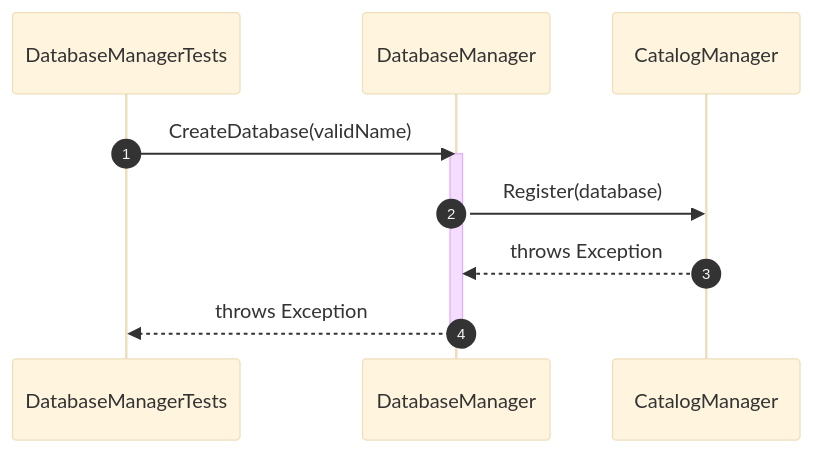
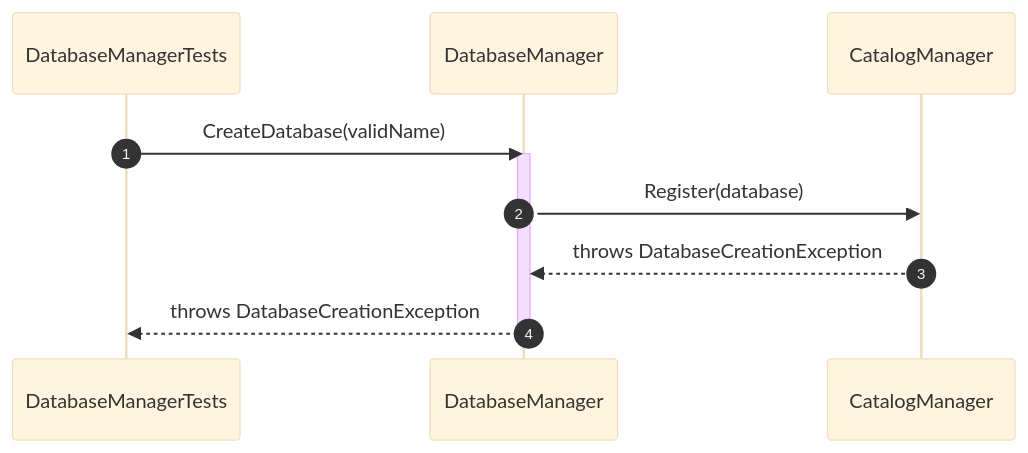
The ninth of 29 diagrams in docs/sequence-diagrams/database-management/README.md (manaxpow/DBMS), drawn with Mermaid (base theme) before and after one commit. The commit also changed other lines of this file and 23 other files, not shown here.

Commit message:
Implement unit test for Database Management

````diff
--- a/docs/sequence-diagrams/database-management/README.md
+++ b/docs/sequence-diagrams/database-management/README.md
@@ -192,15 +192,15 @@
 ```mermaid
 sequenceDiagram
     autonumber
 
     participant Test as DatabaseManagerTests
     participant Manager as DatabaseManager
     participant Catalog as CatalogManager
 
     Test->>Manager: CreateDatabase(validName)
     activate Manager
     Manager->>Catalog: Register(database)
-    Catalog-->>Manager: throws Exception
-    Manager-->>Test: throws Exception
+    Catalog-->>Manager: throws DatabaseCreationException
+    Manager-->>Test: throws DatabaseCreationException
     deactivate Manager
 ```
````
